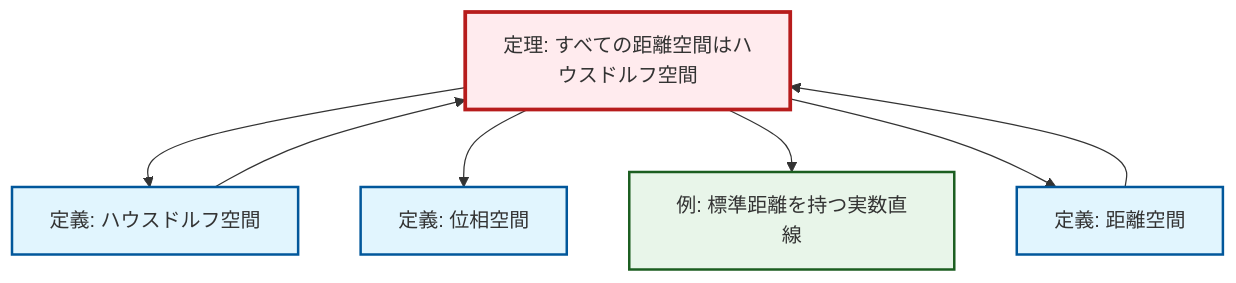
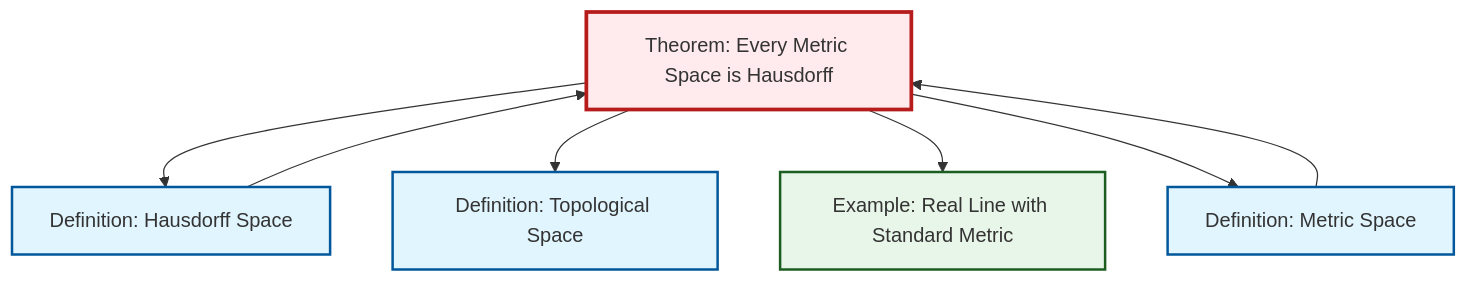
The diagram in content/ja/topology/thm-metric-hausdorff.qmd (RK0429/ModernMath), drawn with Mermaid before and after one commit. The commit also changed 203 other files, not shown here.

````diff
--- a/content/ja/topology/thm-metric-hausdorff.qmd
+++ b/content/ja/topology/thm-metric-hausdorff.qmd
@@ -63,26 +63,21 @@
 ```{mermaid}
-%%| fig-cap: "局所依存グラフ"
+%%| fig-cap: "Local dependency graph"
 graph TD
     classDef definition fill:#e1f5fe,stroke:#01579b,stroke-width:2px
     classDef theorem fill:#f3e5f5,stroke:#4a148c,stroke-width:2px
     classDef axiom fill:#fff3e0,stroke:#e65100,stroke-width:2px
     classDef example fill:#e8f5e9,stroke:#1b5e20,stroke-width:2px
     classDef current fill:#ffebee,stroke:#b71c1c,stroke-width:3px
-    def-topological-space["定義: 位相空間"]:::definition
-    thm-metric-hausdorff["定理: すべての距離空間はハウスドルフ空間"]:::theorem
-    ex-real-line-metric["例: 標準距離を持つ実数直線"]:::example
-    def-hausdorff["定義: ハウスドルフ空間"]:::definition
-    def-metric-space["定義: 距離空間"]:::definition
+    def-topological-space["Definition: Topological Space"]:::definition
+    thm-metric-hausdorff["Theorem: Every Metric Space is Hausdorff"]:::theorem
+    ex-real-line-metric["Example: Real Line with Standard Metric"]:::example
+    def-hausdorff["Definition: Hausdorff Space"]:::definition
+    def-metric-space["Definition: Metric Space"]:::definition
     def-hausdorff --> thm-metric-hausdorff
     thm-metric-hausdorff --> def-hausdorff
     def-metric-space --> thm-metric-hausdorff
     thm-metric-hausdorff --> def-topological-space
     thm-metric-hausdorff --> ex-real-line-metric
     thm-metric-hausdorff --> def-metric-space
     class thm-metric-hausdorff current
-
-    click def-topological-space "def-topological-space.html" "Go to 定義: 位相空間"
-    click ex-real-line-metric "ex-real-line-metric.html" "Go to 例: 標準距離を持つ実数直線"
-    click def-hausdorff "def-hausdorff.html" "Go to 定義: ハウスドルフ空間"
-    click def-metric-space "def-metric-space.html" "Go to 定義: 距離空間"
 ```
````
